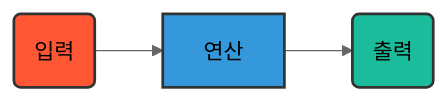
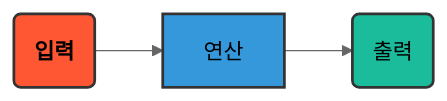
The diagram in Readme.md (201710808/-p), drawn with Mermaid (neutral theme) before and after one commit.

````diff
--- a/Readme.md
+++ b/Readme.md
@@ -3,9 +3,9 @@
 ```mermaid
 graph LR
-A(입력)-->B[연산]
+A(<b>입력</b>)-->B[연산]
 B-->C(출력)
 
 style A fill:#FF5733,stroke:#333,stroke-width:2px
 style B fill:#3498db,stroke:#333,stroke-width:2px
 style C fill:#1abc9c,stroke:#333,stroke-width:2px
 ```
````
